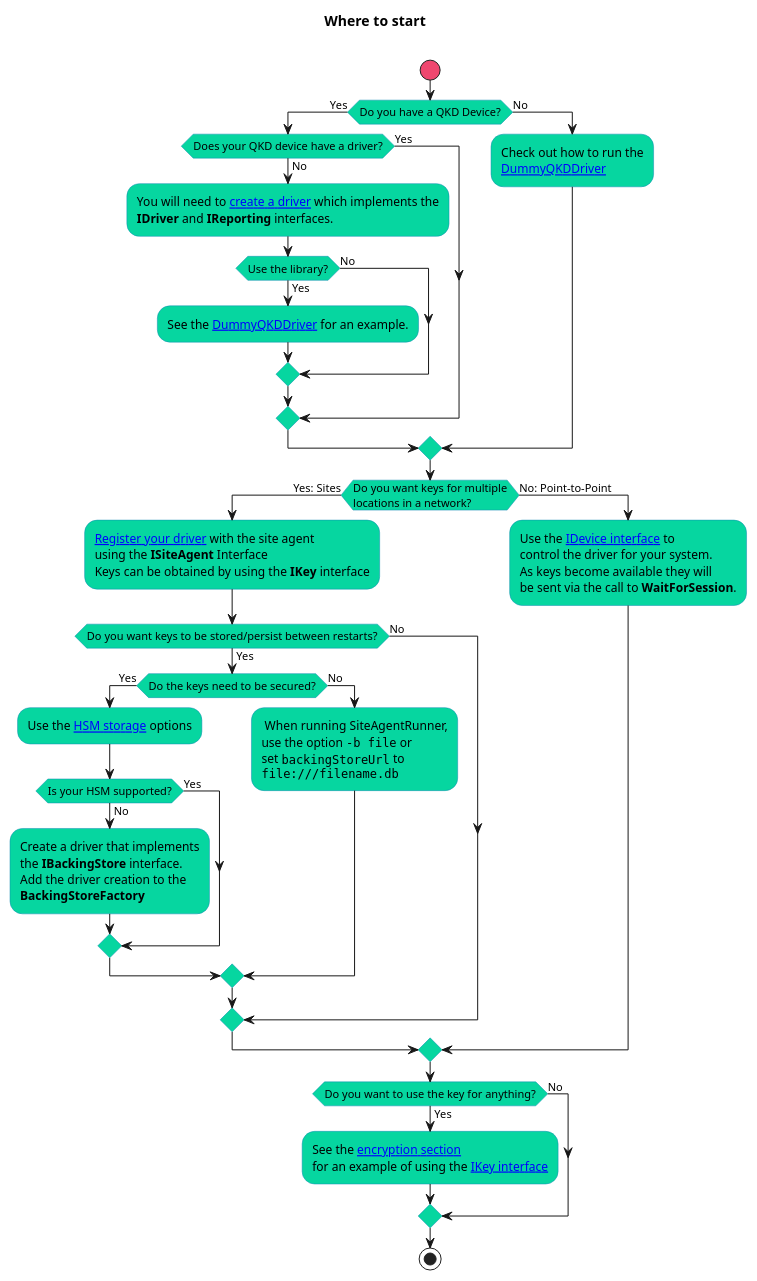
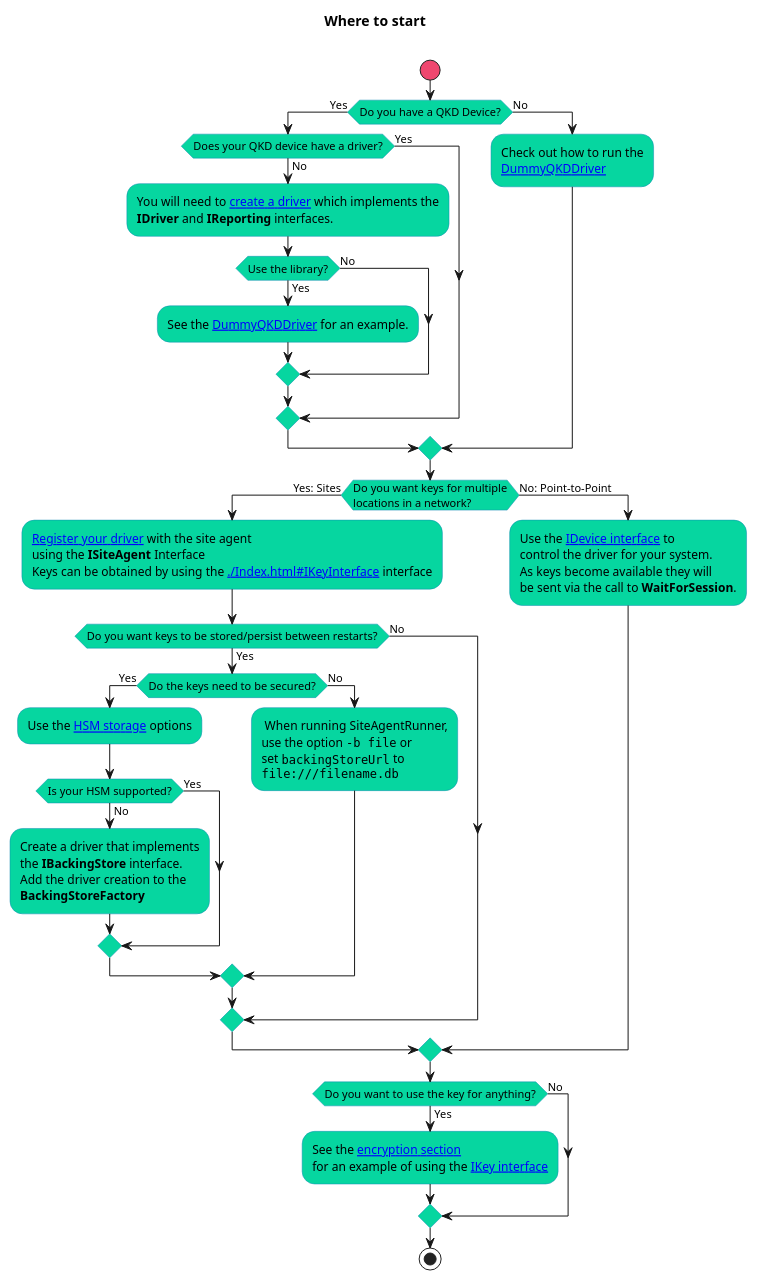
The diagram in README.md (Open-QKD-Network/cqptoolkit), drawn with PlantUML before and after one commit. The commit also changed other lines of this file, not shown here.

```diff
--- a/README.md
+++ b/README.md
@@ -110,67 +110,67 @@
     @startuml
     title Where to start \n
 
     skinparam activity {
       StartColor #EF476F
       BarColor #FFD166
       EndColor #EF476F
       BackgroundColor #06D6A0
       BorderColor #118AB2
       FontName Impact
     }
 
     start
     if (Do you have a QKD Device?) then (Yes)
         if (Does your QKD device have a driver?) then (No)
             :You will need to [[./index.html#CreatingDrivers create a driver]] which implements the
             <b>IDriver</b> and <b>IReporting</b> interfaces.;
             if (Use the library?) then (Yes)
                 :See the [[./index.html#RunningDummyQKDDriver DummyQKDDriver]] for an example.;
             else (No)
             endif
         else (Yes)
         endif
     else (No)
         :Check out how to run the
         [[./index.html#RunningDummyQKDDriver DummyQKDDriver]];
     endif
 
     if (Do you want keys for multiple
     locations in a network?) then (Yes: Sites)
         :[[./index.html#Registering Register your driver]] with the site agent
         using the <b>ISiteAgent</b> Interface
-        Keys can be obtained by using the <b>IKey</b> interface;
+        Keys can be obtained by using the [[./Index.html#IKeyInterface]] interface;
 
         if(Do you want keys to be stored/persist between restarts?) then (Yes)
             if (Do the keys need to be secured?) then (Yes)
                 :Use the [[./index.html#HSMs HSM storage]] options;
                 if (Is your HSM supported?) then (No)
                     :Create a driver that implements
                     the <b>IBackingStore</b> interface.
                     Add the driver creation to the
                     <b>BackingStoreFactory</b>;
                 else (Yes)
                 endif
             else (No)
                 : When running SiteAgentRunner,
                 use the option ""-b file"" or
                 set ""backingStoreUrl"" to
                 ""file:///filename.db"";
             endif
         else (No)
         endif
     else (No: Point-to-Point)
         :Use the [[./index.html#IDeviceInterface IDevice interface]] to
         control the driver for your system.
         As keys become available they will
         be sent via the call to <b>WaitForSession</b>.;
     endif
 
     if (Do you want to use the key for anything?) then (Yes)
         :See the [[./index.html#Encryption encryption section]]
         for an example of using the [[./index.html#IKeyInterface IKey interface]];
     else (No)
     endif
     stop
 
     @enduml
```
